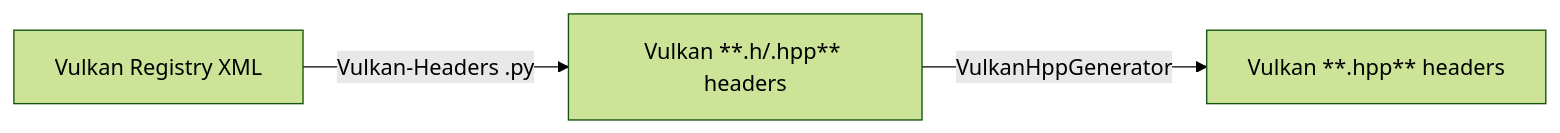
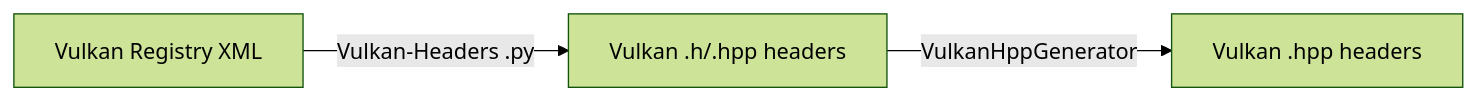
One commit to lucmann/lucmann.github.io changed the diagram in source/_posts/gfx/vk.md. Above: the diagram before and after it, drawn with Mermaid (forest theme).

Commit message:
gfx: vk mermaid

````diff
--- a/source/_posts/gfx/vk.md
+++ b/source/_posts/gfx/vk.md
@@ -47,8 +47,8 @@
 ```mermaid
-flowchart LR;
-    A["Vulkan Registry XML"];
-    B["Vulkan **.h/.hpp** headers"];
-    C["Vulkan **.hpp** headers"];
-    A-->|Vulkan-Headers .py|B;
-    B-->|VulkanHppGenerator|C;
+flowchart LR
+    A["Vulkan Registry XML"]
+    B["Vulkan .h/.hpp headers"]
+    C["Vulkan .hpp headers"]
+    A-->|Vulkan-Headers .py|B
+    B-->|VulkanHppGenerator|C
 ```
````
